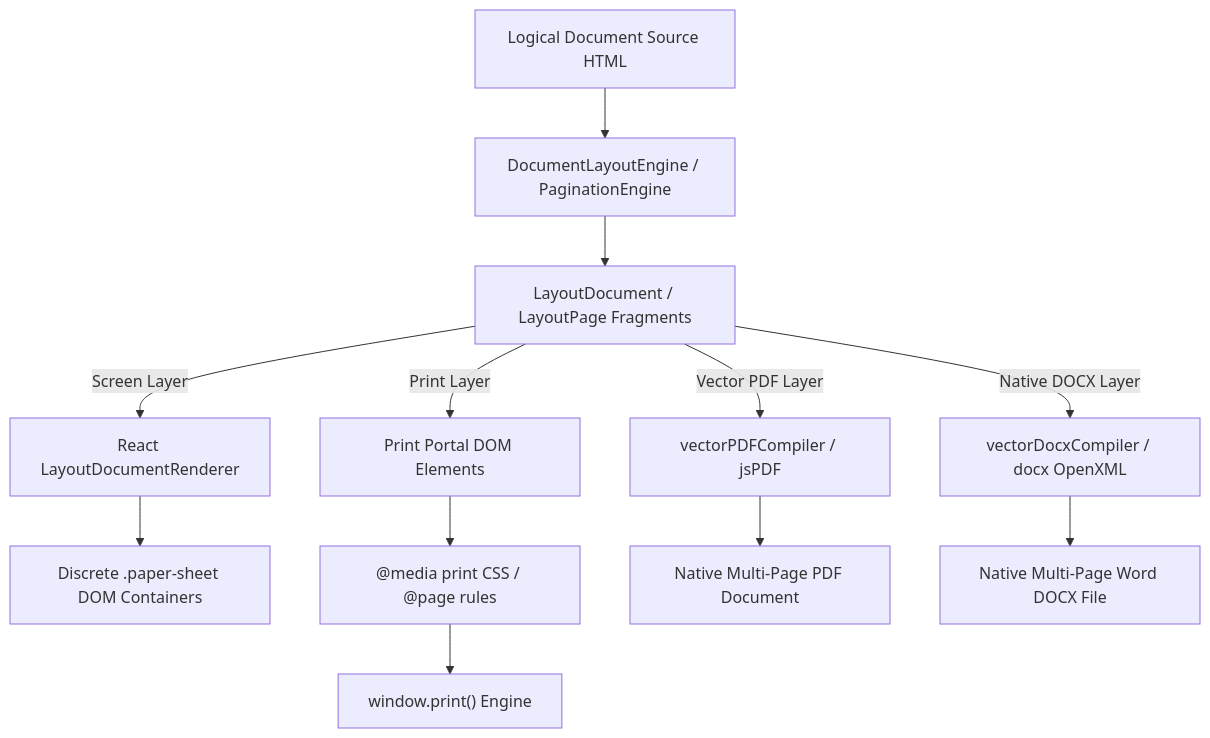
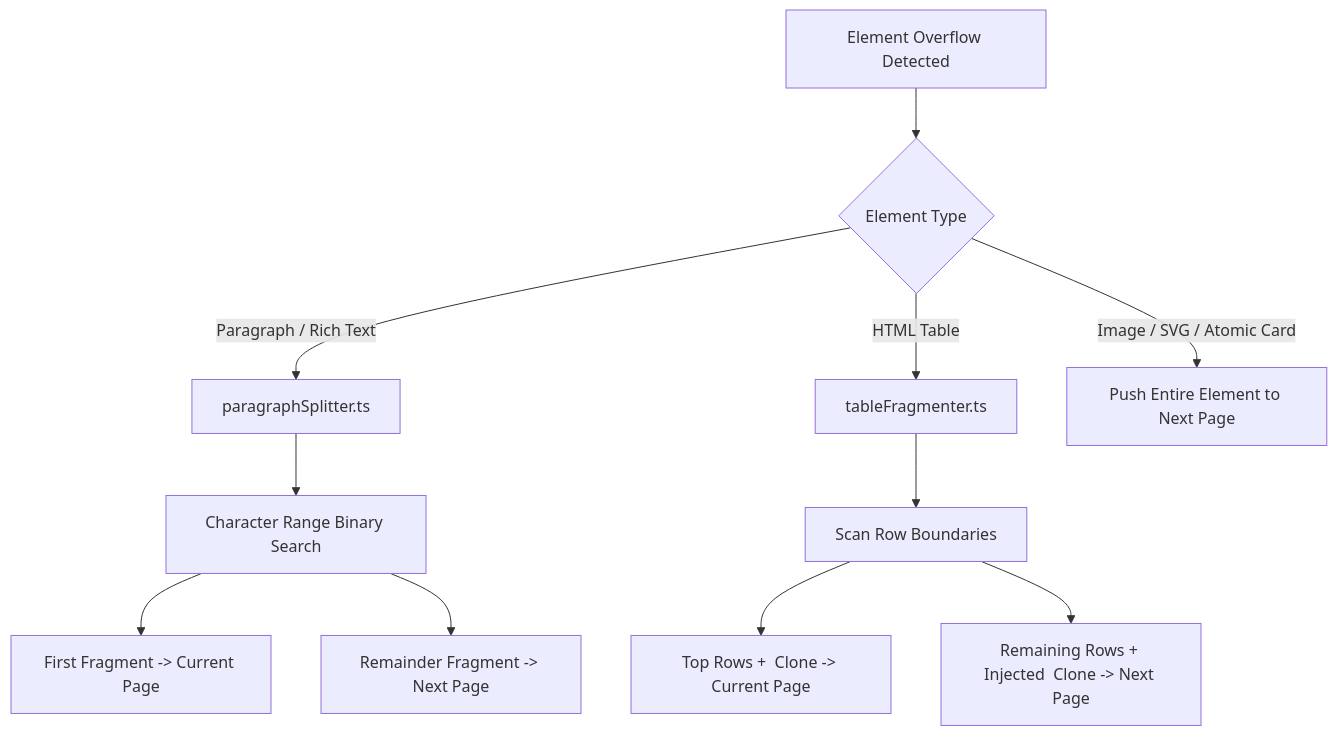
One commit to atiqurrahmansalama/spr-note-01 changed the second of 3 diagrams in frontend/src/components/print/layout/DOCLAB_LAYOUT_ARCHITECTURE.md. Above: the diagram before and after it, drawn with Mermaid. The commit also changed other lines of this file and 128 other files, not shown here.

````diff
--- a/frontend/src/components/print/layout/DOCLAB_LAYOUT_ARCHITECTURE.md
+++ b/frontend/src/components/print/layout/DOCLAB_LAYOUT_ARCHITECTURE.md
@@ -356,18 +191,16 @@
 ```mermaid
 graph TD
-    LogicalDoc[Logical Document Source HTML] --> LayoutEngine[DocumentLayoutEngine / PaginationEngine]
-    LayoutEngine --> LayoutDoc[LayoutDocument / LayoutPage Fragments]
-
-    LayoutDoc -->|Screen Layer| ScreenReact[React LayoutDocumentRenderer]
-    ScreenReact --> DiscreteSheets[Discrete .paper-sheet DOM Containers]
-
-    LayoutDoc -->|Print Layer| PrintDOM[Print Portal DOM Elements]
-    PrintDOM --> PrintCSS["@media print CSS / @page rules"]
-    PrintCSS --> WindowPrint["window.print() Engine"]
-
-    LayoutDoc -->|Vector PDF Layer| PDFCompiler[vectorPDFCompiler / jsPDF]
-    PDFCompiler --> PDFDoc[Native Multi-Page PDF Document]
-
-    LayoutDoc -->|Native DOCX Layer| DOCXCompiler[vectorDocxCompiler / docx OpenXML]
-    DOCXCompiler --> DOCXDoc[Native Multi-Page Word DOCX File]
+    Element[Element Overflow Detected] --> CheckType{Element Type}
+    
+    CheckType -->|Paragraph / Rich Text| ParaSplit[paragraphSplitter.ts]
+    CheckType -->|HTML Table| TableSplit[tableFragmenter.ts]
+    CheckType -->|Image / SVG / Atomic Card| PushNext[Push Entire Element to Next Page]
+    
+    ParaSplit --> RangeSearch[Character Range Binary Search]
+    RangeSearch --> Slice1[First Fragment -> Current Page]
+    RangeSearch --> Slice2[Remainder Fragment -> Next Page]
+    
+    TableSplit --> RowScan[Scan Row Boundaries]
+    RowScan --> TopRows[Top Rows + <thead> Clone -> Current Page]
+    RowScan --> RemRows[Remaining Rows + Injected <thead> Clone -> Next Page]
 ```
````
